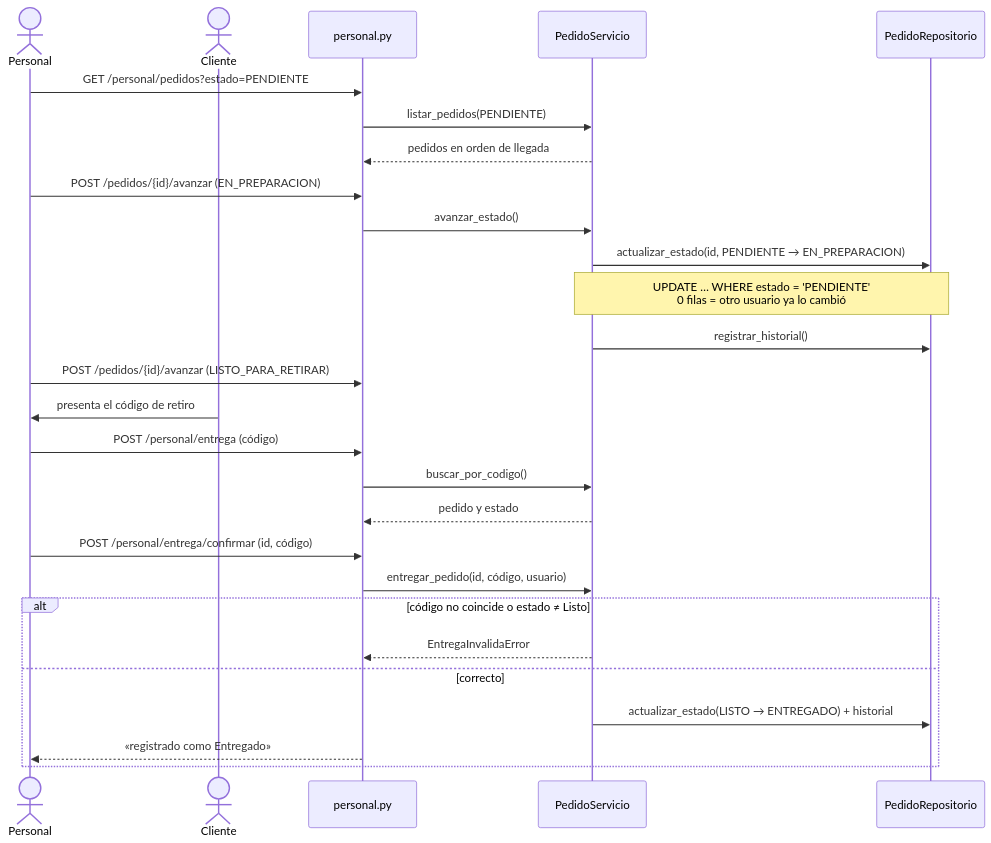
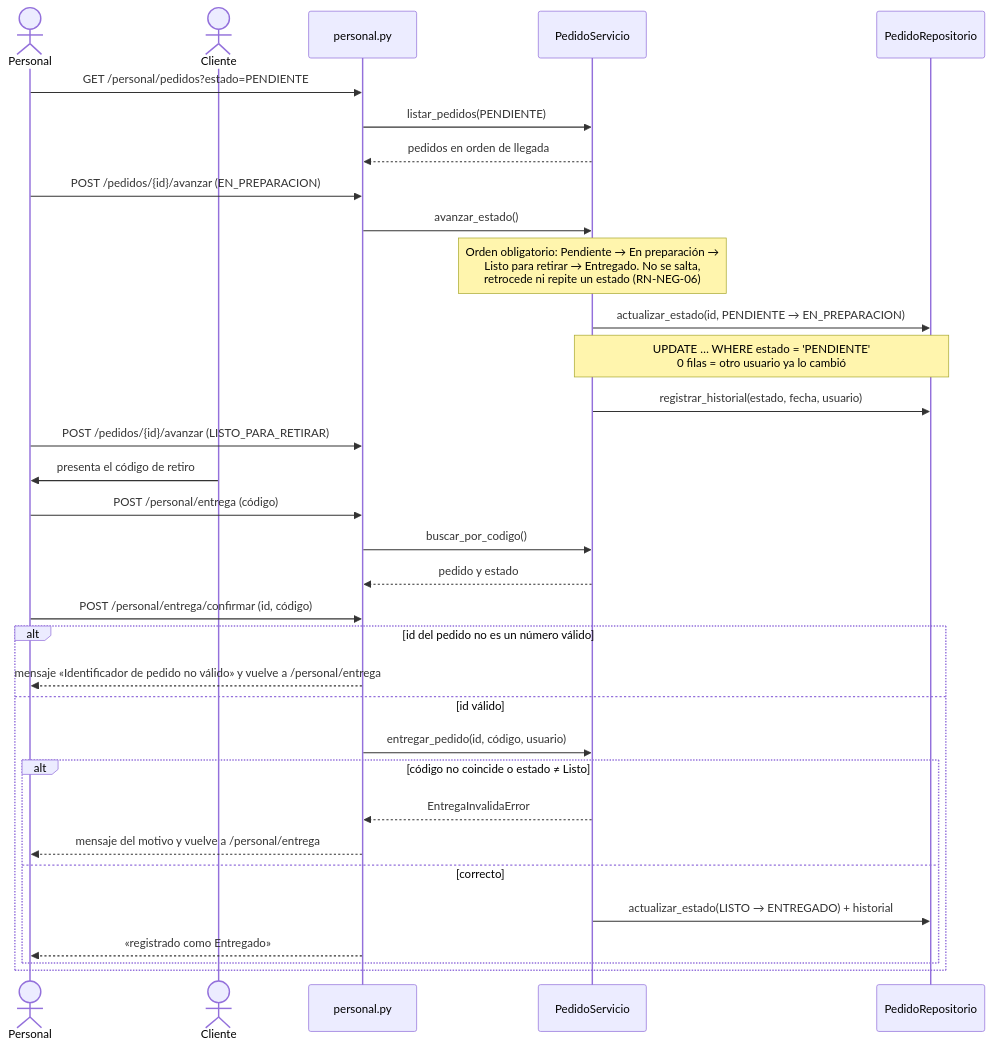
Before and after one commit to g-cevallos/Proyecto_1B_EvolucionSW_Equipo-1: the fifth of 7 diagrams in docs/02_diseno.md, drawn with Mermaid. The commit also changed other lines of this file and 2 other files, not shown here.

Commit message:
docs: quitar diagramas de casos de uso y estados, y actualizar diseño y trazabilidad según los fix

````diff
--- a/docs/02_diseno.md
+++ b/docs/02_diseno.md
@@ -282,29 +248,35 @@
 ```mermaid
 sequenceDiagram
     actor P as Personal
     actor C as Cliente
     participant W as personal.py
     participant S as PedidoServicio
     participant RD as PedidoRepositorio
     P->>W: GET /personal/pedidos?estado=PENDIENTE
     W->>S: listar_pedidos(PENDIENTE)
     S-->>W: pedidos en orden de llegada
     P->>W: POST /pedidos/{id}/avanzar (EN_PREPARACION)
     W->>S: avanzar_estado()
+    Note over S: Orden obligatorio: Pendiente → En preparación →<br/>Listo para retirar → Entregado. No se salta,<br/>retrocede ni repite un estado (RN-NEG-06)
     S->>RD: actualizar_estado(id, PENDIENTE → EN_PREPARACION)
     Note over S,RD: UPDATE … WHERE estado = 'PENDIENTE'<br/>0 filas = otro usuario ya lo cambió
-    S->>RD: registrar_historial()
+    S->>RD: registrar_historial(estado, fecha, usuario)
     P->>W: POST /pedidos/{id}/avanzar (LISTO_PARA_RETIRAR)
     C->>P: presenta el código de retiro
     P->>W: POST /personal/entrega (código)
     W->>S: buscar_por_codigo()
     S-->>W: pedido y estado
     P->>W: POST /personal/entrega/confirmar (id, código)
-    W->>S: entregar_pedido(id, código, usuario)
-    alt código no coincide o estado ≠ Listo
-        S-->>W: EntregaInvalidaError
-    else correcto
-        S->>RD: actualizar_estado(LISTO → ENTREGADO) + historial
-        W-->>P: «registrado como Entregado»
+    alt id del pedido no es un número válido
+        W-->>P: mensaje «Identificador de pedido no válido» y vuelve a /personal/entrega
+    else id válido
+        W->>S: entregar_pedido(id, código, usuario)
+        alt código no coincide o estado ≠ Listo
+            S-->>W: EntregaInvalidaError
+            W-->>P: mensaje del motivo y vuelve a /personal/entrega
+        else correcto
+            S->>RD: actualizar_estado(LISTO → ENTREGADO) + historial
+            W-->>P: «registrado como Entregado»
+        end
     end
 ```
````
